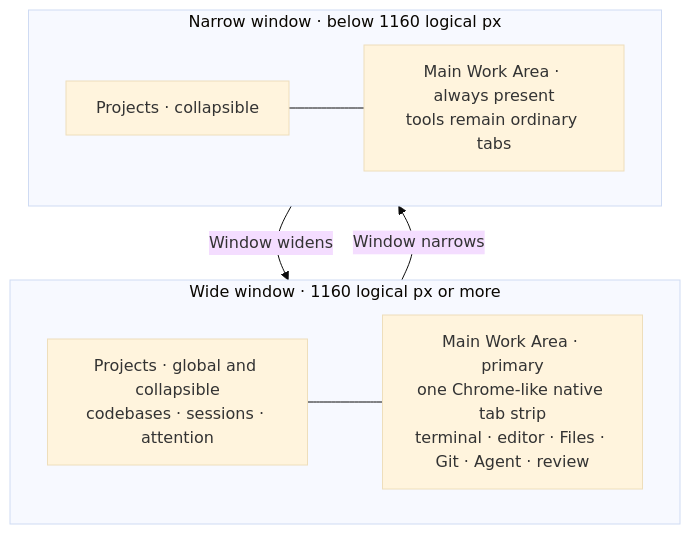
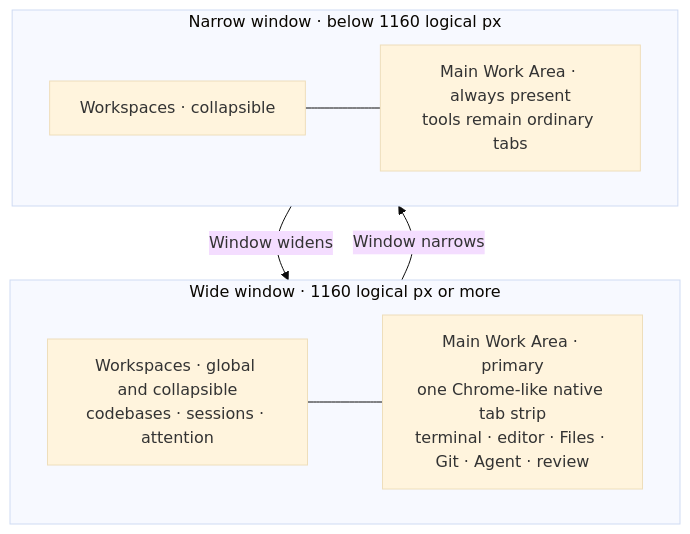
One commit to Oreoro/dez changed the first of 3 diagrams in docs/src/development/dez/fork-notes.md. Above: the diagram before and after it, drawn with Mermaid (base theme). The commit also changed other lines of this file and 21 other files, not shown here.

````diff
--- a/docs/src/development/dez/fork-notes.md
+++ b/docs/src/development/dez/fork-notes.md
@@ -74,19 +74,19 @@
 ```mermaid
 flowchart TB
     subgraph WIDE["Wide window · 1160 logical px or more"]
         direction LR
-        WP["Projects · global and collapsible<br/>codebases · sessions · attention"]
+        WP["Workspaces · global and collapsible<br/>codebases · sessions · attention"]
         WM["Main Work Area · primary<br/>one Chrome-like native tab strip<br/>terminal · editor · Files · Git · Agent · review"]
         WP --- WM
     end
 
     subgraph NARROW["Narrow window · below 1160 logical px"]
         direction LR
-        FP["Projects · collapsible"]
+        FP["Workspaces · collapsible"]
         FM["Main Work Area · always present<br/>tools remain ordinary tabs"]
         FP --- FM
     end
 
     WIDE -->|Window narrows| NARROW
     NARROW -->|Window widens| WIDE
 ```
````
